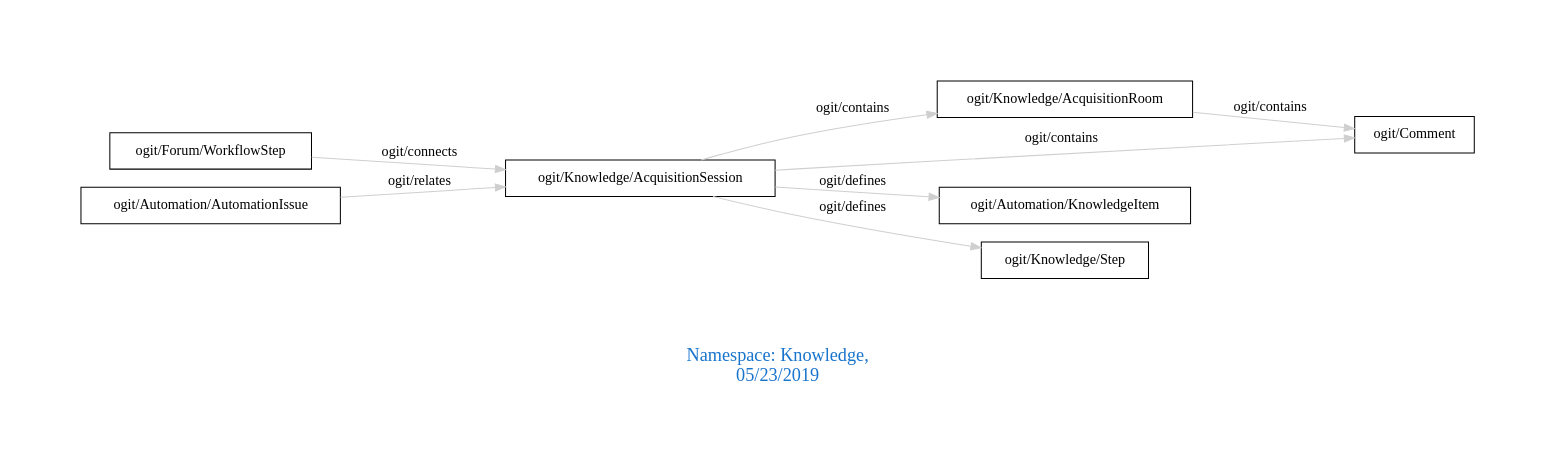
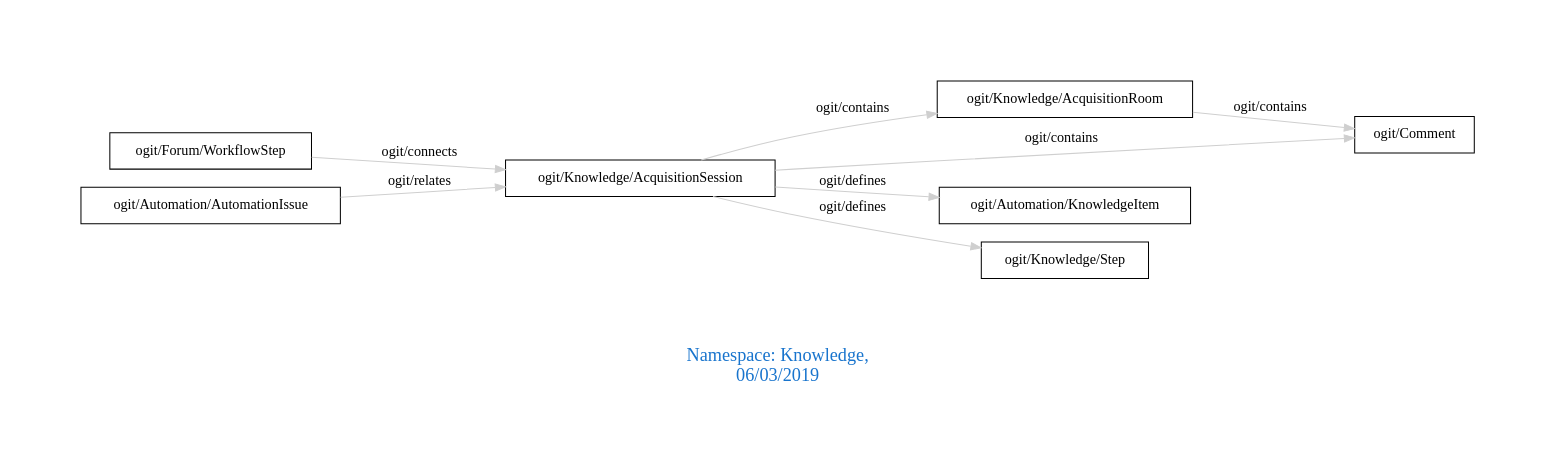
One commit to arago/OGIT changed the diagram in downloads/Knowledge.dot. Above: the diagram before and after it, drawn with Graphviz. The commit also changed 1391 other files, not shown here.

```diff
--- a/downloads/Knowledge.dot
+++ b/downloads/Knowledge.dot
@@ -1,15 +1,15 @@
 digraph OGIT_ontology {
  graph [ rankdir= LR,pad=1 
 fontsize = 18,
-fontcolor= dodgerblue3,label = "\n\n\nNamespace: Knowledge, \n 05/23/2019"];
+fontcolor= dodgerblue3,label = "\n\n\nNamespace: Knowledge, \n 06/03/2019"];
 node[shape=polygon];
 edge [  color="gray81"];
 
    "ogit/Knowledge/AcquisitionRoom" -> "ogit/Comment" [label="   ogit/contains    "];
    "ogit/Knowledge/AcquisitionSession" -> "ogit/Comment" [label="   ogit/contains    "];
    "ogit/Knowledge/AcquisitionSession" -> "ogit/Knowledge/AcquisitionRoom" [label="   ogit/contains    "];
    "ogit/Knowledge/AcquisitionSession" -> "ogit/Automation/KnowledgeItem" [label="   ogit/defines    "];
    "ogit/Knowledge/AcquisitionSession" -> "ogit/Knowledge/Step" [label="   ogit/defines    "];
    "ogit/Forum/WorkflowStep" -> "ogit/Knowledge/AcquisitionSession" [label="   ogit/connects    "];
    "ogit/Automation/AutomationIssue" -> "ogit/Knowledge/AcquisitionSession" [label="   ogit/relates    "];
 }
```
